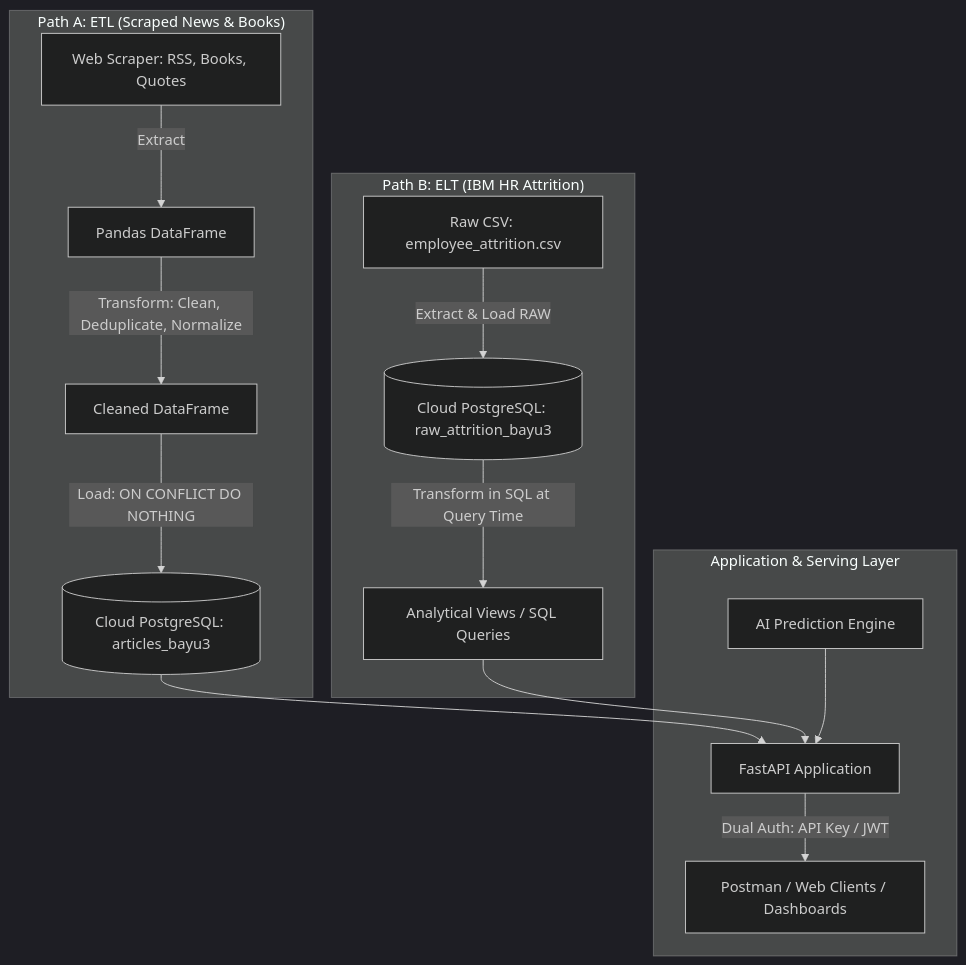
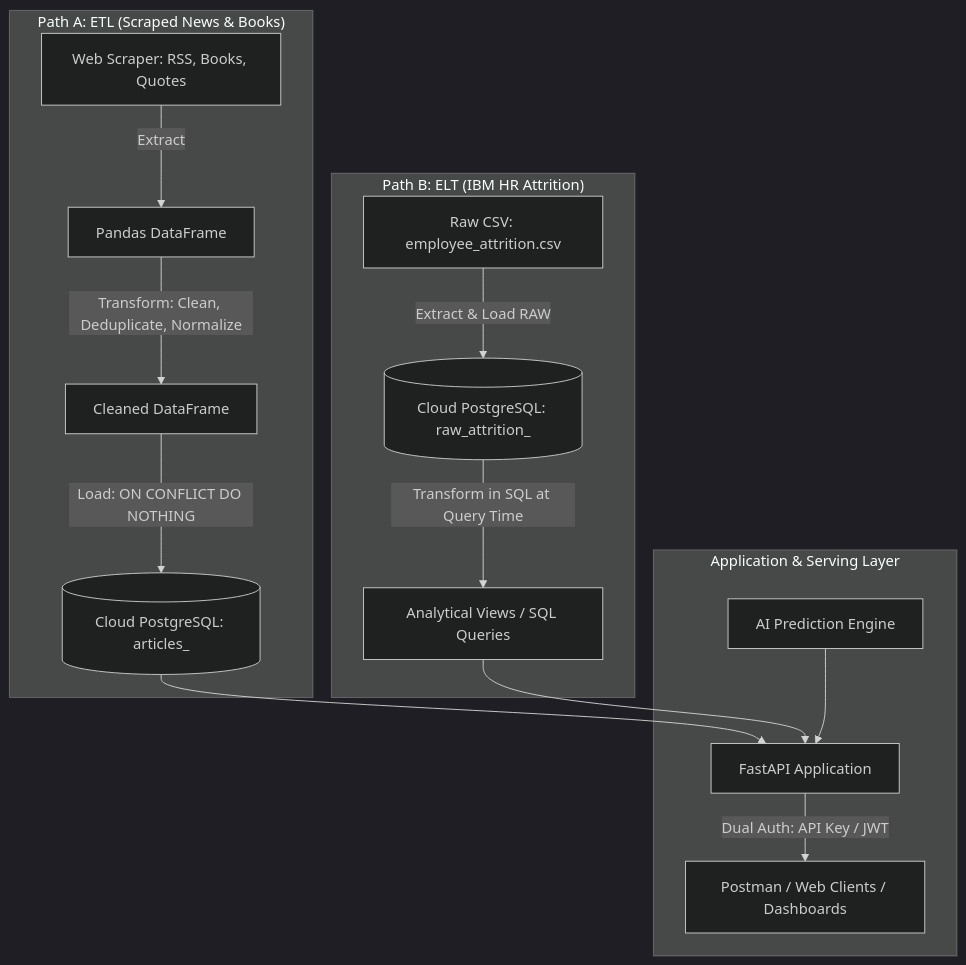
The diagram in README.md (bayuspatial/miniproject2), drawn with Mermaid (dark theme) before and after one commit. The commit also changed other lines of this file, not shown here.

````diff
--- a/README.md
+++ b/README.md
@@ -24,20 +24,20 @@
 ```mermaid
 flowchart TD
     subgraph PathA["Path A: ETL (Scraped News & Books)"]
         A1["Web Scraper: RSS, Books, Quotes"] -->|Extract| A2["Pandas DataFrame"]
         A2 -->|"Transform: Clean, Deduplicate, Normalize"| A3["Cleaned DataFrame"]
-        A3 -->|"Load: ON CONFLICT DO NOTHING"| A4[("Cloud PostgreSQL: articles_bayu3")]
+        A3 -->|"Load: ON CONFLICT DO NOTHING"| A4[("Cloud PostgreSQL: articles_<student_name>")]
     end
 
     subgraph PathB["Path B: ELT (IBM HR Attrition)"]
-        B1["Raw CSV: employee_attrition.csv"] -->|"Extract & Load RAW"| B2[("Cloud PostgreSQL: raw_attrition_bayu3")]
+        B1["Raw CSV: employee_attrition.csv"] -->|"Extract & Load RAW"| B2[("Cloud PostgreSQL: raw_attrition_<student_name>")]
         B2 -->|"Transform in SQL at Query Time"| B3["Analytical Views / SQL Queries"]
     end
 
     subgraph Service["Application & Serving Layer"]
         A4 --> API["FastAPI Application"]
         B3 --> API
         ML["AI Prediction Engine"] --> API
         API -->|"Dual Auth: API Key / JWT"| Client["Postman / Web Clients / Dashboards"]
     end
 ```
````
